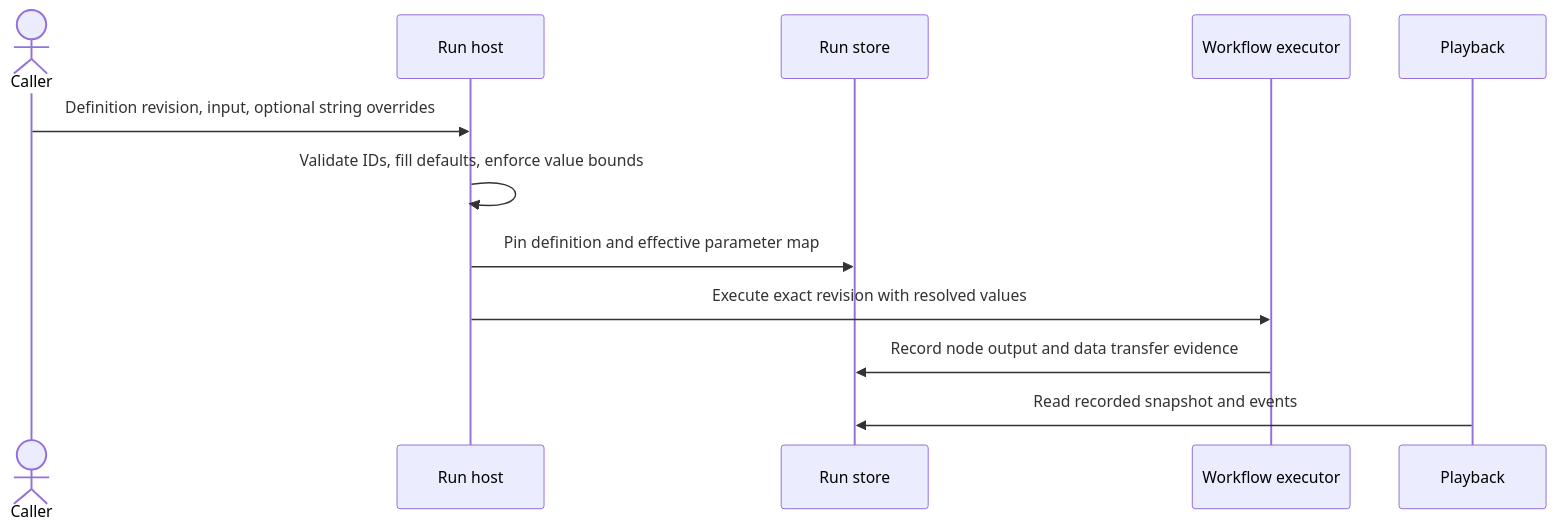
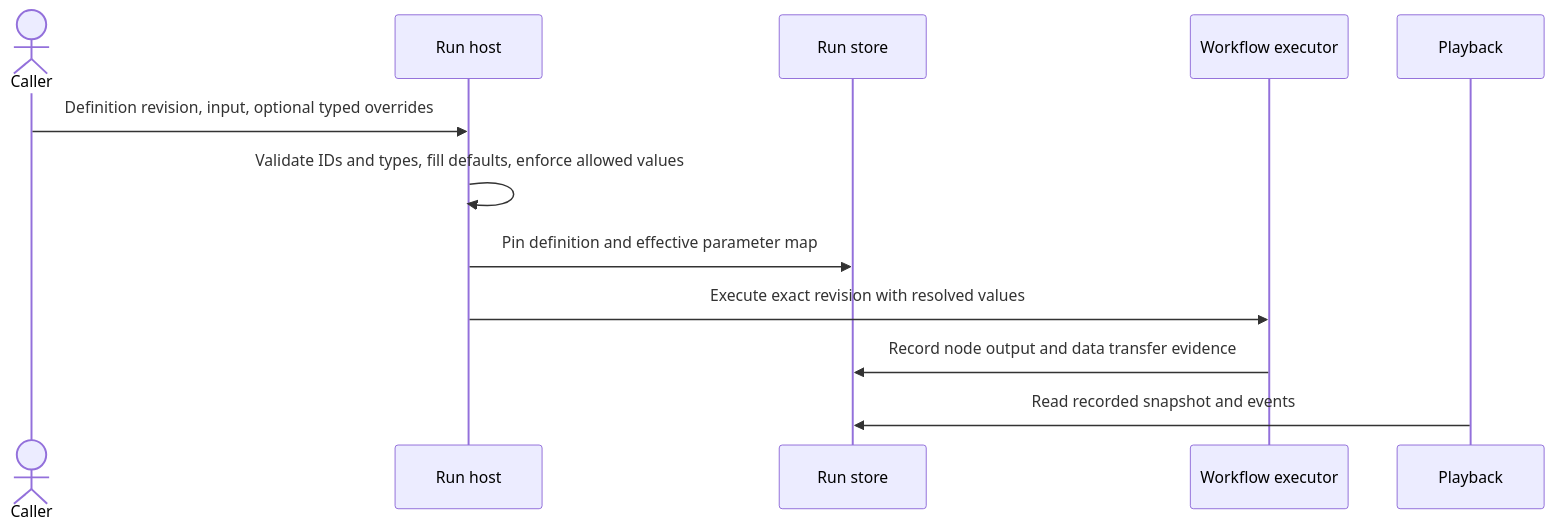
One commit to gnalvesteffer/visual-agent-workflow changed the diagram in docs/workflow-parameters.md. Above: the diagram before and after it, drawn with Mermaid. The commit also changed other lines of this file and 16 other files, not shown here.

````diff
--- a/docs/workflow-parameters.md
+++ b/docs/workflow-parameters.md
@@ -52,14 +53,14 @@
 ```mermaid
 sequenceDiagram
     actor Caller
     participant Host as Run host
     participant Store as Run store
     participant Worker as Workflow executor
     participant Viewer as Playback
-    Caller->>Host: Definition revision, input, optional string overrides
-    Host->>Host: Validate IDs, fill defaults, enforce value bounds
+    Caller->>Host: Definition revision, input, optional typed overrides
+    Host->>Host: Validate IDs and types, fill defaults, enforce allowed values
     Host->>Store: Pin definition and effective parameter map
     Host->>Worker: Execute exact revision with resolved values
     Worker->>Store: Record node output and data transfer evidence
     Viewer->>Store: Read recorded snapshot and events
 ```
````
